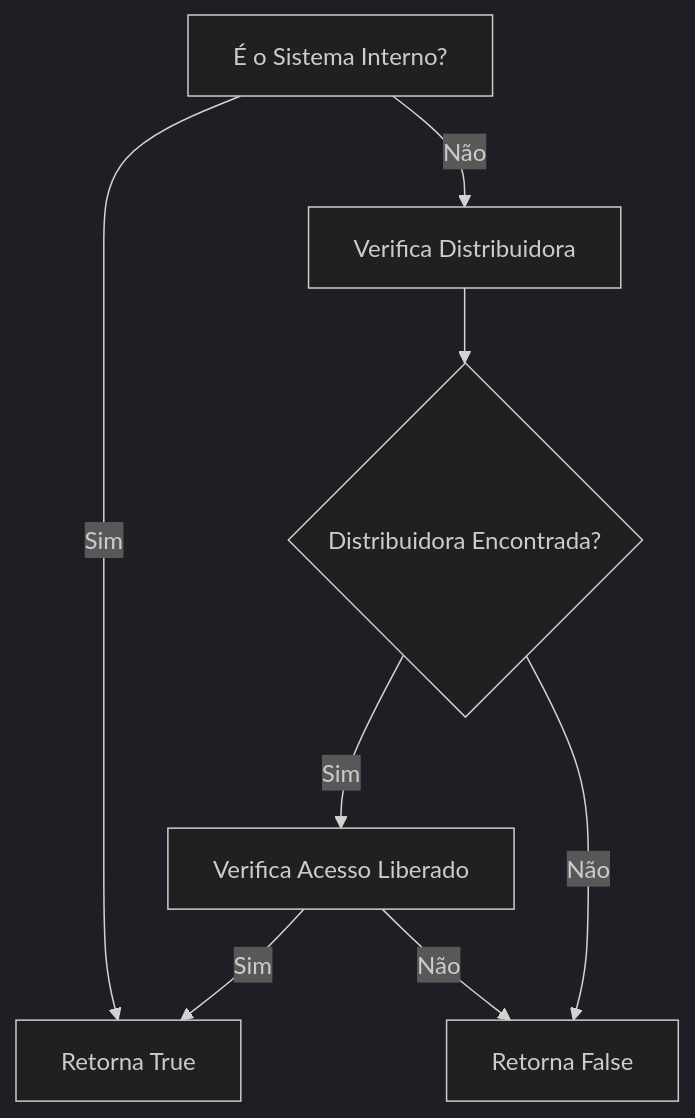
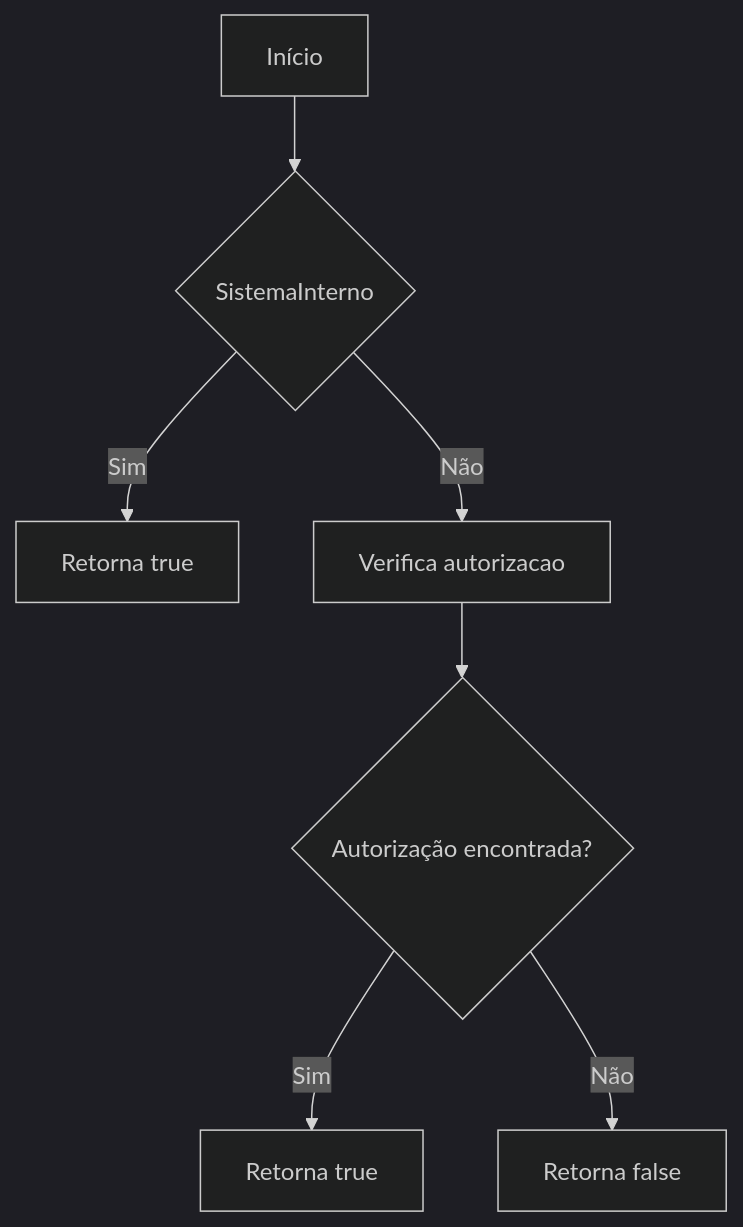
The first of 3 diagrams in docs/b2b-dominio/IsthmusWinthor.Nucleo/IsthmusWinthor.Dominio/Entidades/SistemaConsumidorB2B.md (IsthmusSistemas/documentacao-tecnica), drawn with Mermaid (dark theme) before and after one commit. The commit also changed other lines of this file and 882 other files, not shown here.

````diff
--- a/docs/b2b-dominio/IsthmusWinthor.Nucleo/IsthmusWinthor.Dominio/Entidades/SistemaConsumidorB2B.md
+++ b/docs/b2b-dominio/IsthmusWinthor.Nucleo/IsthmusWinthor.Dominio/Entidades/SistemaConsumidorB2B.md
@@ -22,10 +18,9 @@
 ```mermaid
 flowchart TD
-    A[É o Sistema Interno?] -->|Sim| B[Retorna True]
-    A -->|Não| C[Verifica Distribuidora]
-    C --> D{Distribuidora Encontrada?}
-    D -->|Sim| E[Verifica Acesso Liberado]
-    D -->|Não| F[Retorna False]
-    E -->|Sim| B[Retorna True]
-    E -->|Não| F[Retorna False]
+    A[Início] --> B{SistemaInterno}
+    B -- Sim --> C[Retorna true]
+    B -- Não --> D[Verifica autorizacao]
+    D --> E{Autorização encontrada?}
+    E -- Sim --> F[Retorna true]
+    E -- Não --> G[Retorna false]
 ```
````
